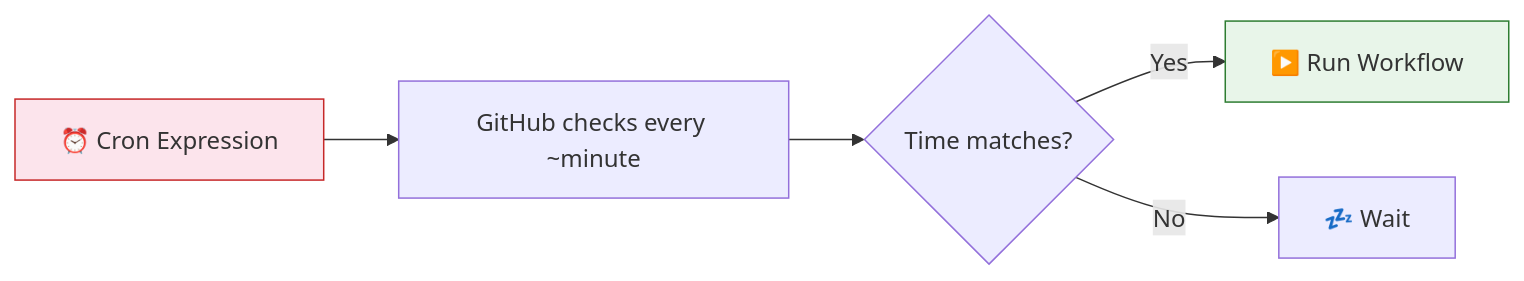
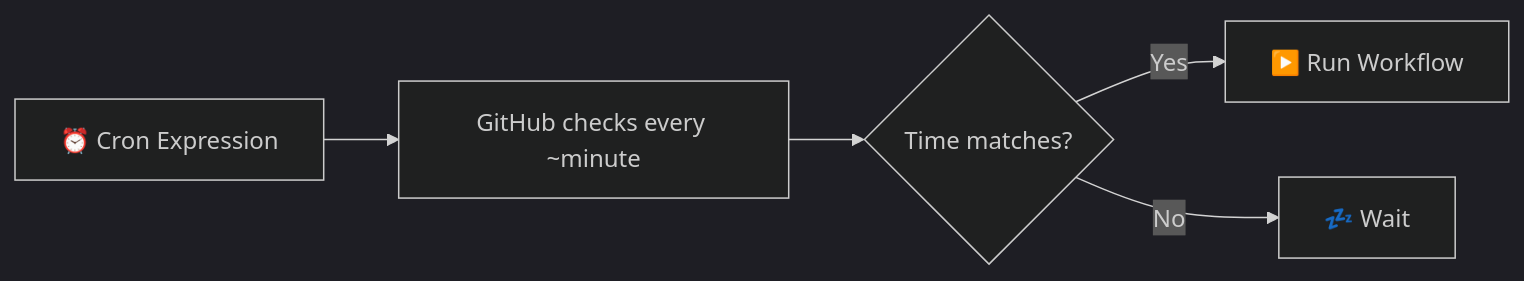
The fifth of 6 diagrams in 04-triggering-events/README.md (vishutyagi0210/github-ci-cd-with-labs), drawn with Mermaid before and after one commit. The commit also changed other lines of this file and 13 other files, not shown here.

Commit message:
fix: switch all mermaid diagrams to dark theme for better readability

````diff
--- a/04-triggering-events/README.md
+++ b/04-triggering-events/README.md
@@ -143,10 +138,9 @@
 ```mermaid
+%%{init: {"theme": "dark"}}%%
 graph LR
     CRON["⏰ Cron Expression"] --> GH["GitHub checks every ~minute"]
     GH --> MATCH{Time matches?}
     MATCH -->|Yes| RUN["▶️ Run Workflow"]
     MATCH -->|No| WAIT["💤 Wait"]
 
-    style CRON fill:#fce4ec,stroke:#c62828
-    style RUN fill:#e8f5e9,stroke:#2e7d32
 ```
````
